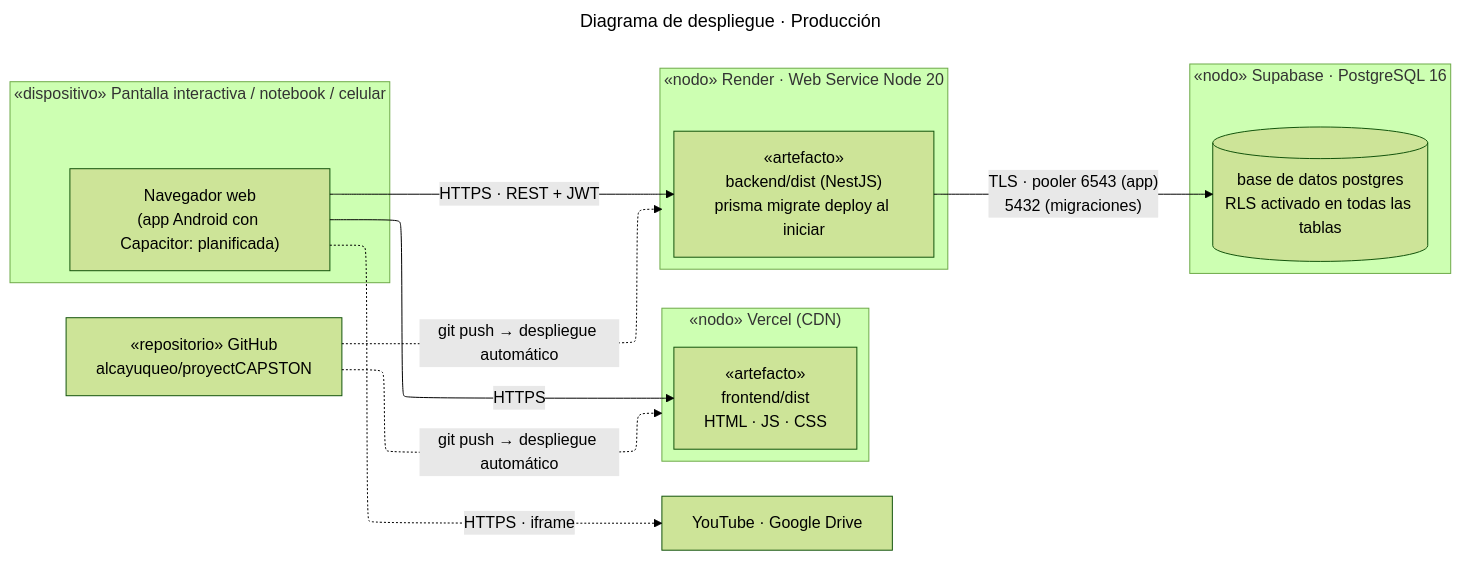
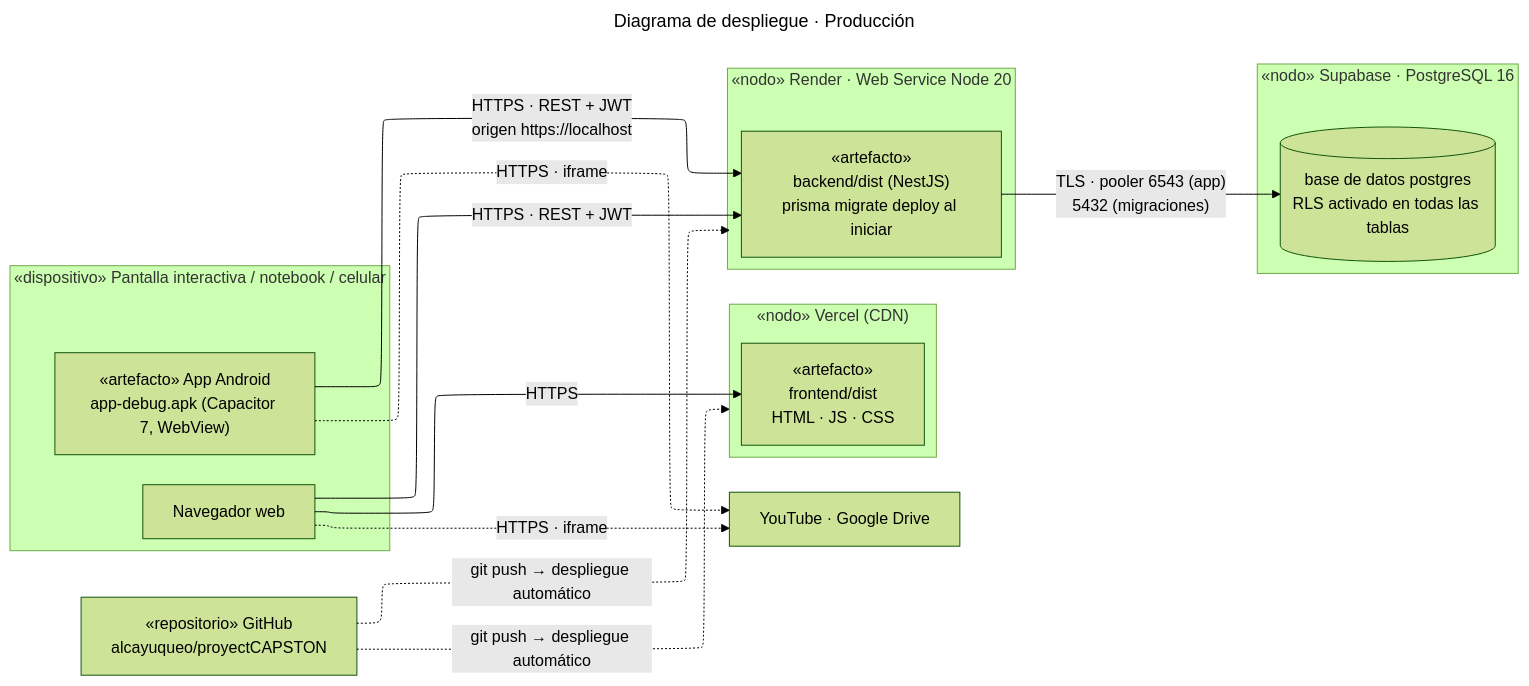
The diagram in docs/diagramas/fuentes/08_despliegue.mmd (alcayuqueo/proyectCAPSTON), drawn with Mermaid (forest theme) before and after one commit. The commit also changed 19 other files, not shown here.

Commit message:
feat(android): app Android con Capacitor 7 y APK; informe final completo

```diff
--- a/docs/diagramas/fuentes/08_despliegue.mmd
+++ b/docs/diagramas/fuentes/08_despliegue.mmd
@@ -1,27 +1,30 @@
 ---
 title: Diagrama de despliegue · Producción
 config:
   layout: elk
 ---
 flowchart LR
     subgraph AULA["«dispositivo» Pantalla interactiva / notebook / celular"]
-        NAV["Navegador web<br/>(app Android con Capacitor: planificada)"]
+        NAV["Navegador web"]
+        APK["«artefacto» App Android<br/>app-debug.apk (Capacitor 7, WebView)"]
     end
     subgraph VERCEL["«nodo» Vercel (CDN)"]
         FE["«artefacto»<br/>frontend/dist<br/>HTML · JS · CSS"]
     end
     subgraph RENDER["«nodo» Render · Web Service Node 20"]
         API["«artefacto»<br/>backend/dist (NestJS)<br/>prisma migrate deploy al iniciar"]
     end
     subgraph SUPA["«nodo» Supabase · PostgreSQL 16"]
         BD[("base de datos postgres<br/>RLS activado en todas las tablas")]
     end
     GH["«repositorio» GitHub<br/>alcayuqueo/proyectCAPSTON"]
     YT["YouTube · Google Drive"]
 
     NAV -- "HTTPS" --> FE
     NAV -- "HTTPS · REST + JWT" --> API
+    APK -- "HTTPS · REST + JWT<br/>origen https://localhost" --> API
+    APK -. "HTTPS · iframe" .-> YT
     API -- "TLS · pooler 6543 (app)<br/>5432 (migraciones)" --> BD
     NAV -. "HTTPS · iframe" .-> YT
     GH -. "git push → despliegue automático" .-> VERCEL
     GH -. "git push → despliegue automático" .-> RENDER
```
